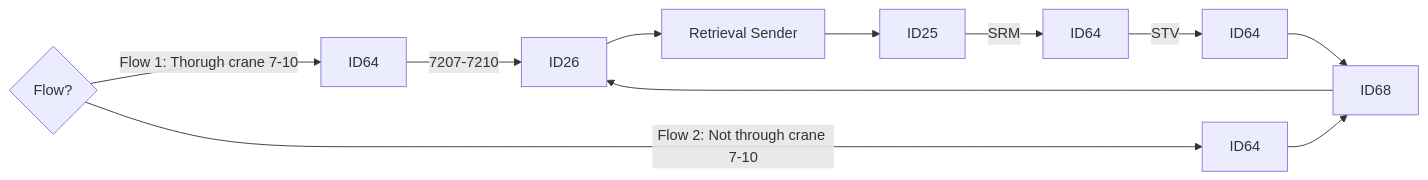
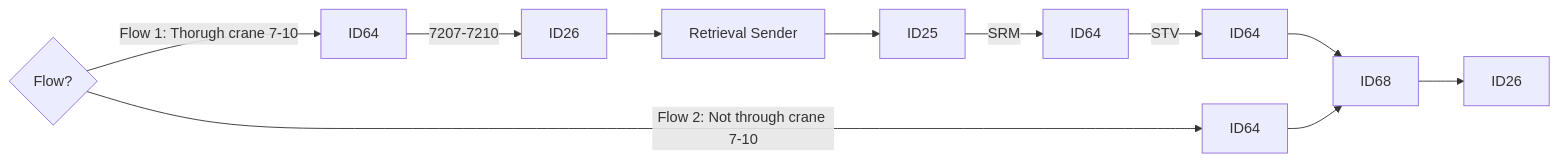
Before and after one commit to luthfiadityaa/SimeDarby-Wiki: the second of 7 diagrams in Basic-Design/DFD-WMS/Retrieval/QC-Setting/Retrieval-for-QC-Start.md, drawn with Mermaid.

Commit message:
Updated Retrieval for QC Start

```diff
--- a/Basic-Design/DFD-WMS/Retrieval/QC-Setting/Retrieval-for-QC-Start.md
+++ b/Basic-Design/DFD-WMS/Retrieval/QC-Setting/Retrieval-for-QC-Start.md
@@ -17,8 +17,8 @@
 ::: mermaid
 flowchart LR
 
 Cond1{Flow?} 
 
 Cond1{Flow?}--> |Flow 1: Thorugh crane 7-10| P5[ID64]--> |7207-7210| P8[ID26]-->P9[Retrieval Sender]-->P10[ID25]--> |SRM| P11[ID64]--> |STV| P12[ID64]--> P7[ID68]
-Cond1{Flow?}--> |Flow 2: Not through crane 7-10| P6[ID64]--> P7[ID68]--> P8[ID26]
+Cond1{Flow?}--> |Flow 2: Not through crane 7-10| P6[ID64]--> P7[ID68]--> P81[ID26]
 :::
```
